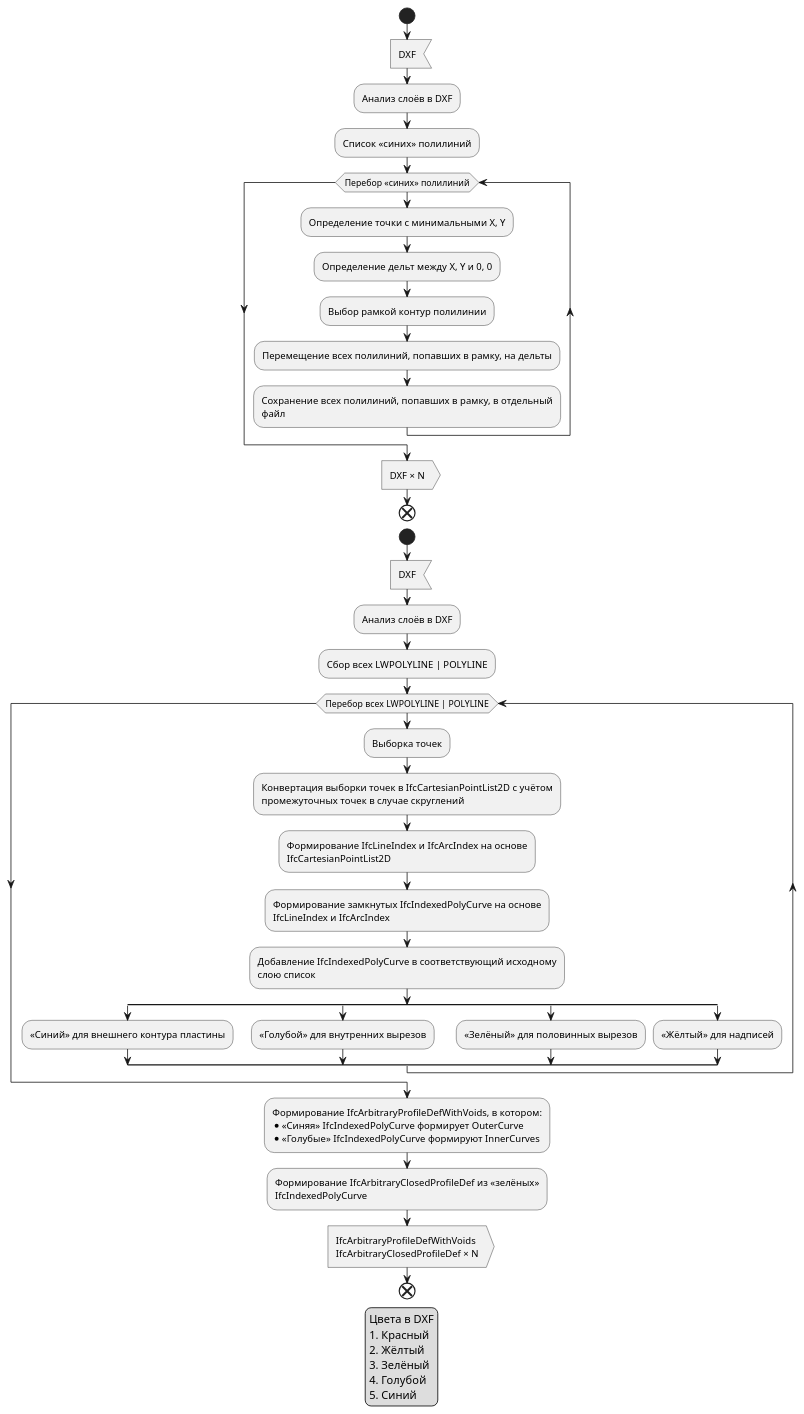
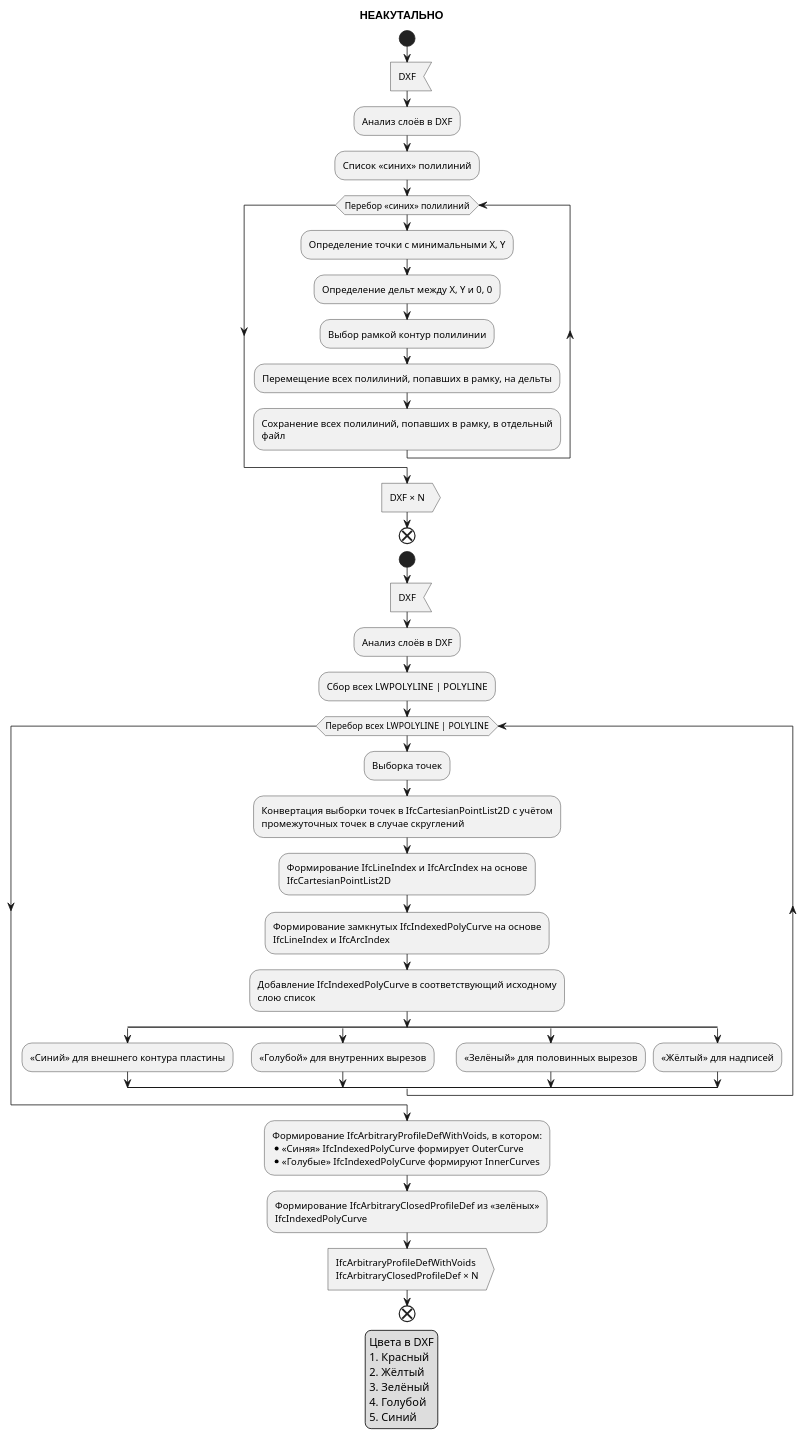
One commit to VDobranov/DXF2IFC2D changed the diagram in schemes/General.wsd. Above: the diagram before and after it, drawn with PlantUML. The commit also changed 24 other files, not shown here.

```diff
--- a/schemes/General.wsd
+++ b/schemes/General.wsd
@@ -1,75 +1,79 @@
 @startuml General
+
+title
+НЕАКУТАЛЬНО
+end title
 
 <style>
 activityDiagram {
   FontName Iosevka
   MaximumWidth 400
 }
 </style>
 
 start
 :DXF<
 :Анализ слоёв в DXF;
 :Список «синих» полилиний;
 ' if (округление?) then
 ' 	while (Перебор «синих» полилиний)
 ' 		:Определение точки с минимальными X, Y;
 ' 		:Округление X, Y;
 ' 		:Определение дельт между сырыми и округлёнными X, Y;
 ' 		:Выбор рамкой контур полилинии;
 ' 		:Перемещение всех полилиний, попавших в рамку, на дельты;
 ' 	endwhile
 ' endif
 ' if (нормализация?) then
 	while (Перебор «синих» полилиний)
 		:Определение точки с минимальными X, Y;
 		:Определение дельт между X, Y и 0, 0;
 		:Выбор рамкой контур полилинии;
 		:Перемещение всех полилиний, попавших в рамку, на дельты;
 		:Сохранение всех полилиний, попавших в рамку, в отдельный файл;
 	endwhile
 ' endif
 :DXF × N>
 end
 
 start
 :DXF<
 :Анализ слоёв в DXF;
 :Сбор всех LWPOLYLINE | POLYLINE;
 ' :LWPOLYLINE | POLYLINE для формирования тела пластины;
 ' :Список LWPOLYLINE | POLYLINE для сквозного вырезания пластины;
 ' :Список LWPOLYLINE | POLYLINE для половинного вырезания пластины;
 while (Перебор всех LWPOLYLINE | POLYLINE)
 	:Выборка точек;
 	:Конвертация выборки точек в IfcCartesianPointList2D с учётом промежуточных точек в случае скруглений;
 	:Формирование IfcLineIndex и IfcArcIndex на основе IfcCartesianPointList2D;
 	:Формирование замкнутых IfcIndexedPolyCurve на основе IfcLineIndex и IfcArcIndex;
 	:Добавление IfcIndexedPolyCurve в соответствующий исходному слою список;
 	split
 		:«Синий» для внешнего контура пластины;
 	split again
 		:«Голубой» для внутренних вырезов;
 	split again
 		:«Зелёный» для половинных вырезов;
 	split again
 		:«Жёлтый» для надписей;
 	end split
 endwhile
 :Формирование IfcArbitraryProfileDefWithVoids, в котором:
 * «Синяя» IfcIndexedPolyCurve формирует OuterCurve
 * «Голубые» IfcIndexedPolyCurve формируют InnerCurves;
 :Формирование IfcArbitraryClosedProfileDef из «зелёных» IfcIndexedPolyCurve;
 :IfcArbitraryProfileDefWithVoids
 IfcArbitraryClosedProfileDef × N>
 end
 
 legend
 Цвета в DXF
 1. Красный
 2. Жёлтый
 3. Зелёный
 4. Голубой
 5. Синий
 end legend
 
 @enduml
```
